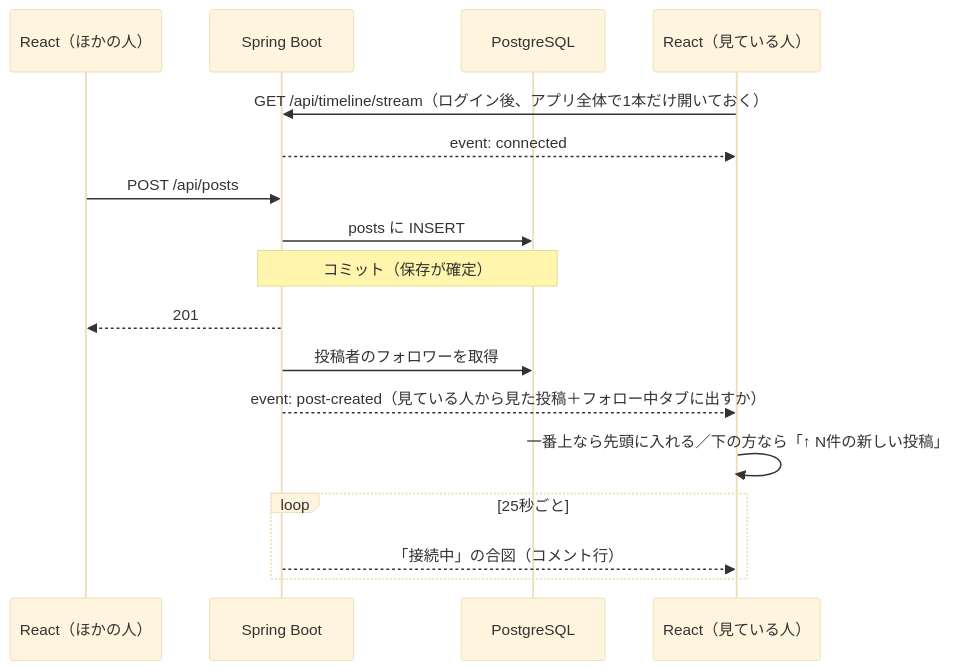
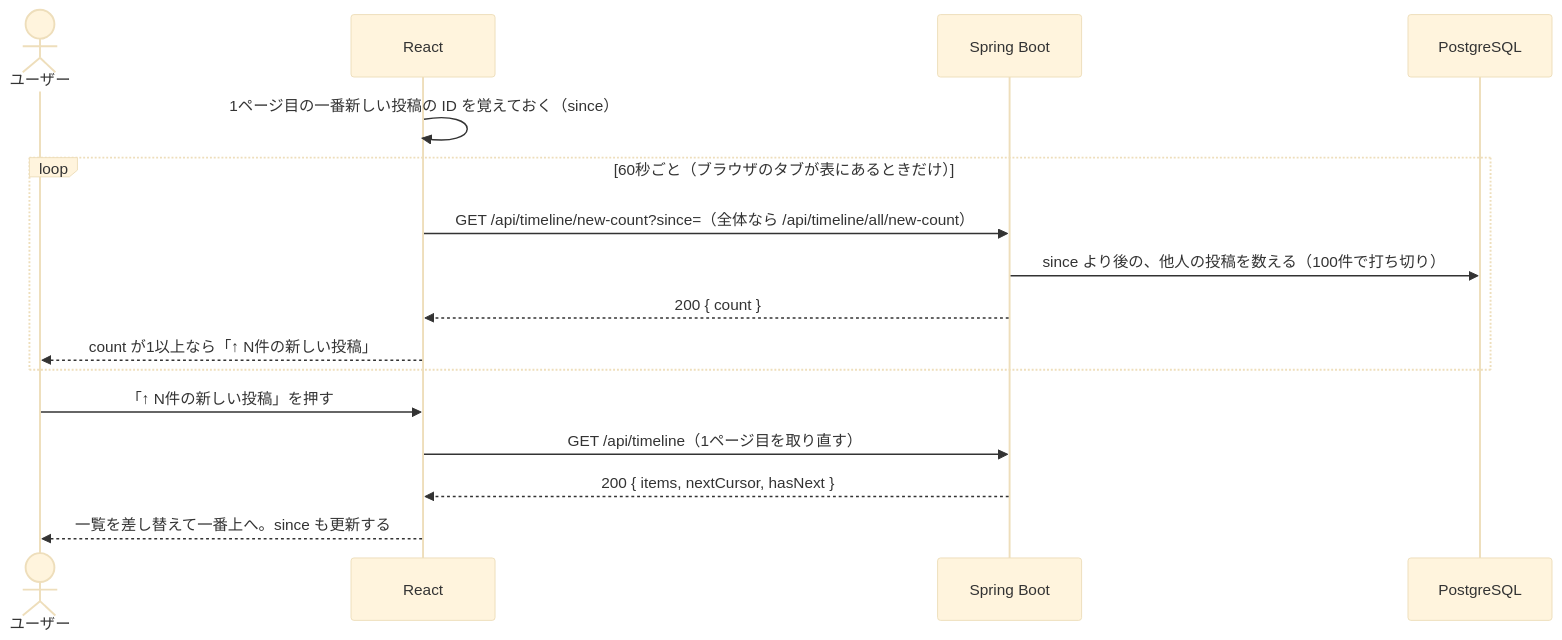
The second of 2 diagrams in docs/feature-specs/03_timeline.md (okky0908-prog/sns-app), drawn with Mermaid (base theme) before and after one commit. The commit also changed other lines of this file and 33 other files, not shown here.

````diff
--- a/docs/feature-specs/03_timeline.md
+++ b/docs/feature-specs/03_timeline.md
@@ -91,20 +91,19 @@
 ```mermaid
 sequenceDiagram
-    participant RB as React（ほかの人）
+    actor U as ユーザー
+    participant R as React
     participant S as Spring Boot
     participant DB as PostgreSQL
-    participant RA as React（見ている人）
 
-    RA->>S: GET /api/timeline/stream（ログイン後、アプリ全体で1本だけ開いておく）
-    S-->>RA: event: connected
-    RB->>S: POST /api/posts
-    S->>DB: posts に INSERT
-    Note over S,DB: コミット（保存が確定）
-    S-->>RB: 201
-    S->>DB: 投稿者のフォロワーを取得
-    S-->>RA: event: post-created（見ている人から見た投稿＋フォロー中タブに出すか）
-    RA->>RA: 一番上なら先頭に入れる／下の方なら「↑ N件の新しい投稿」
-    loop 25秒ごと
-        S-->>RA: 「接続中」の合図（コメント行）
+    R->>R: 1ページ目の一番新しい投稿の ID を覚えておく（since）
+    loop 60秒ごと（ブラウザのタブが表にあるときだけ）
+        R->>S: GET /api/timeline/new-count?since=（全体なら /api/timeline/all/new-count）
+        S->>DB: since より後の、他人の投稿を数える（100件で打ち切り）
+        S-->>R: 200 { count }
+        R-->>U: count が1以上なら「↑ N件の新しい投稿」
     end
+    U->>R: 「↑ N件の新しい投稿」を押す
+    R->>S: GET /api/timeline（1ページ目を取り直す）
+    S-->>R: 200 { items, nextCursor, hasNext }
+    R-->>U: 一覧を差し替えて一番上へ。since も更新する
 ```
````
